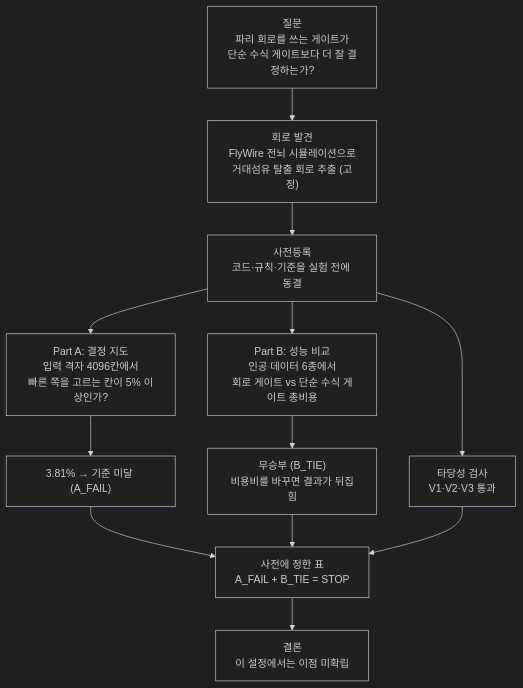
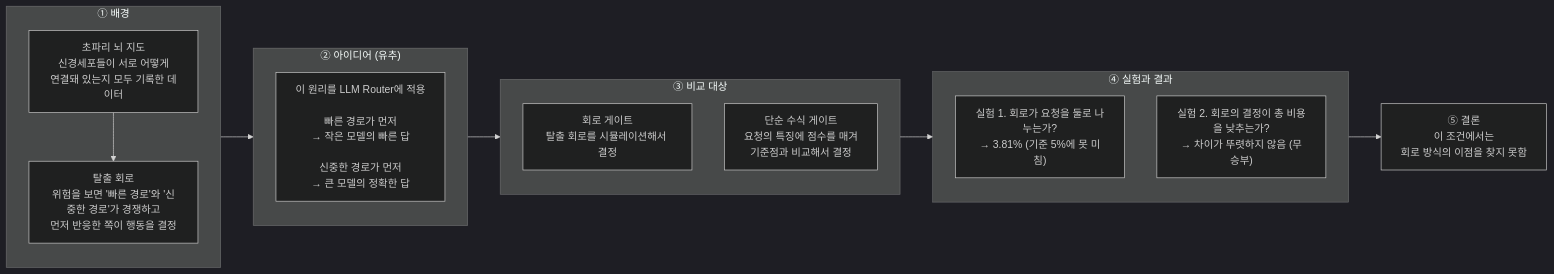
Before and after one commit to ok0/reflex-router: the diagram in README.md, drawn with Mermaid (dark theme). The commit also changed other lines of this file, not shown here.

Commit message:
docs: rewrite flowchart and unify terms in readme

````diff
--- a/README.md
+++ b/README.md
@@ -11,27 +11,29 @@
 ```mermaid
-flowchart TD
-    Q["질문<br/>파리 회로를 쓰는 게이트가<br/>단순 수식 게이트보다 더 잘 결정하는가?"]
-    D["회로 발견<br/>FlyWire 전뇌 시뮬레이션으로<br/>거대섬유 탈출 회로 추출 (고정)"]
-    P["사전등록<br/>코드·규칙·기준을 실험 전에 동결"]
+flowchart LR
+    subgraph L1["① 배경"]
+        direction TB
+        a1["초파리 뇌 지도<br/>신경세포들이 서로 어떻게<br/>연결돼 있는지 모두 기록한 데이터"]
+        a2["탈출 회로<br/>위험을 보면 '빠른 경로'와 '신중한 경로'가 경쟁하고<br/>먼저 반응한 쪽이 행동을 결정"]
+        a1 --> a2
+    end
 
-    A["Part A: 결정 지도<br/>입력 격자 4096칸에서<br/>빠른 쪽을 고르는 칸이 5% 이상인가?"]
-    B["Part B: 성능 비교<br/>인공 데이터 6종에서<br/>회로 게이트 vs 단순 수식 게이트 총비용"]
-    V["타당성 검사<br/>V1·V2·V3 통과"]
+    subgraph L2["② 아이디어 (유추)"]
+        b1["이 원리를 LLM Router에 적용<br/><br/>빠른 경로가 먼저<br/>→ 작은 모델의 빠른 답<br/><br/>신중한 경로가 먼저<br/>→ 큰 모델의 정확한 답"]
+    end
 
-    AR["3.81% → 기준 미달 (A_FAIL)"]
-    BR["무승부 (B_TIE)<br/>비용비를 바꾸면 결과가 뒤집힘"]
+    subgraph L3["③ 비교 대상"]
+        direction TB
+        c1["회로 게이트<br/>탈출 회로를 시뮬레이션해서 결정"]
+        c2["단순 수식 게이트<br/>요청의 특징에 점수를 매겨<br/>기준점과 비교해서 결정"]
+    end
 
-    S["사전에 정한 표<br/>A_FAIL + B_TIE = STOP"]
-    C["결론<br/>이 설정에서는 이점 미확립"]
+    subgraph L4["④ 실험과 결과"]
+        direction TB
+        d1["실험 1. 회로가 요청을 둘로 나누는가?<br/>→ 3.81% (기준 5%에 못 미침)"]
+        d2["실험 2. 회로의 결정이 총 비용을 낮추는가?<br/>→ 차이가 뚜렷하지 않음 (무승부)"]
+    end
 
-    Q --> D --> P
-    P --> A
-    P --> B
-    P --> V
-    A --> AR
-    B --> BR
-    AR --> S
-    BR --> S
-    V --> S
-    S --> C
+    R["⑤ 결론<br/>이 조건에서는<br/>회로 방식의 이점을 찾지 못함"]
+
+    L1 --> L2 --> L3 --> L4 --> R
 ```
````
